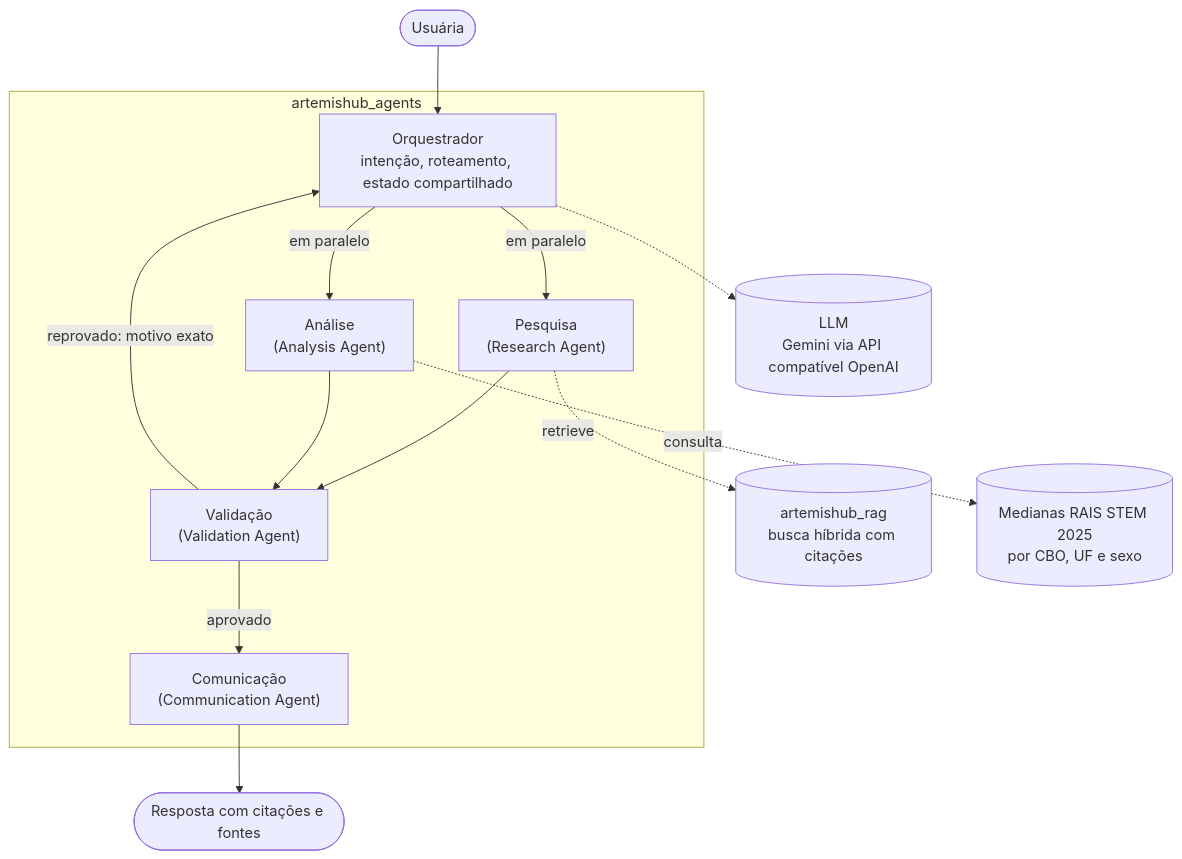
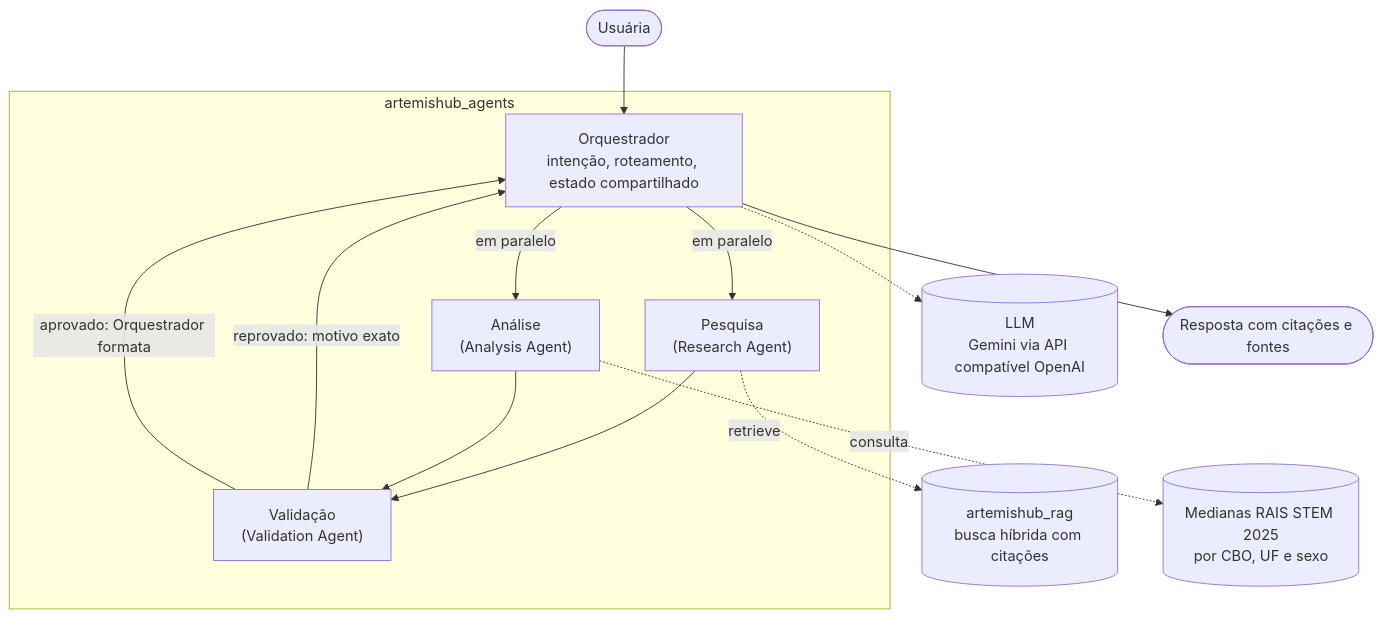
The first of 2 diagrams in docs/multiagentes.md (ArtemisHubApp/artemishub_agents), drawn with Mermaid before and after one commit. The commit also changed other lines of this file, not shown here.

Commit message:
docs: multiagentes sem o agente de Comunicação, com demo e Langfuse

````diff
--- a/docs/multiagentes.md
+++ b/docs/multiagentes.md
@@ -19,24 +19,23 @@
 ```mermaid
 flowchart TB
     U([Usuária]) --> ORQ
 
     subgraph AGENTS["artemishub_agents"]
         ORQ["Orquestrador<br/>intenção, roteamento, estado compartilhado"]
         PES["Pesquisa<br/>(Research Agent)"]
         ANA["Análise<br/>(Analysis Agent)"]
         VAL["Validação<br/>(Validation Agent)"]
-        COM["Comunicação<br/>(Communication Agent)"]
 
         ORQ -->|em paralelo| PES
         ORQ -->|em paralelo| ANA
         PES --> VAL
         ANA --> VAL
         VAL -->|reprovado: motivo exato| ORQ
-        VAL -->|aprovado| COM
+        VAL -->|aprovado: Orquestrador formata| ORQ
     end
 
     PES -.->|retrieve| RAG[("artemishub_rag<br/>busca híbrida com citações")]
     ANA -.->|consulta| RAIS[("Medianas RAIS STEM 2025<br/>por CBO, UF e sexo")]
     ORQ -.-> LLM[("LLM<br/>Gemini via API compatível OpenAI")]
-    COM --> R([Resposta com citações e fontes])
+    ORQ --> R([Resposta com citações e fontes])
 ```
````
